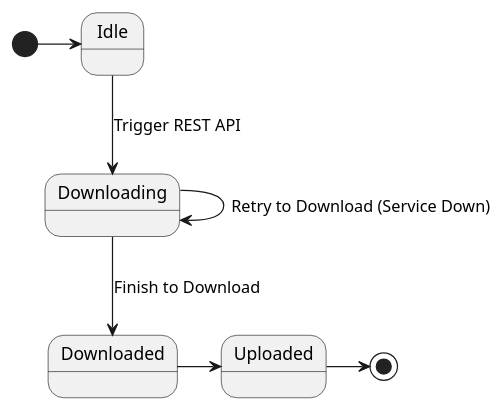
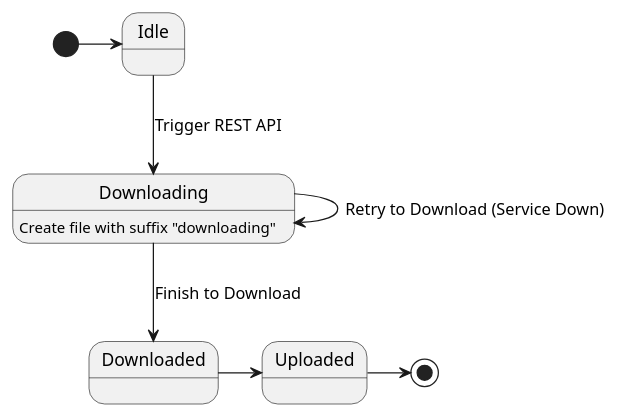
One commit to yanghoon/obsidian-workspace changed the diagram in _diary/2024-06-21.md. Above: the diagram before and after it, drawn with PlantUML.

Commit message:
vault backup: 2024-06-23 19:41:33

````diff
--- a/_diary/2024-06-21.md
+++ b/_diary/2024-06-21.md
@@ -52,18 +52,15 @@
 ```plantuml
 @startuml
-
-state Downloading {
-
-}
 
 [*] -> Idle
 Idle --> Downloading : Trigger REST API
 
+Downloading : Create file with suffix "downloading"
 Downloading --> Downloaded : Finish to Download
 Downloading -> Downloading: Retry to Download (Service Down)
 
 Downloaded -> Uploaded
 Uploaded ->[*] 
 
 @enduml
 ```
````
